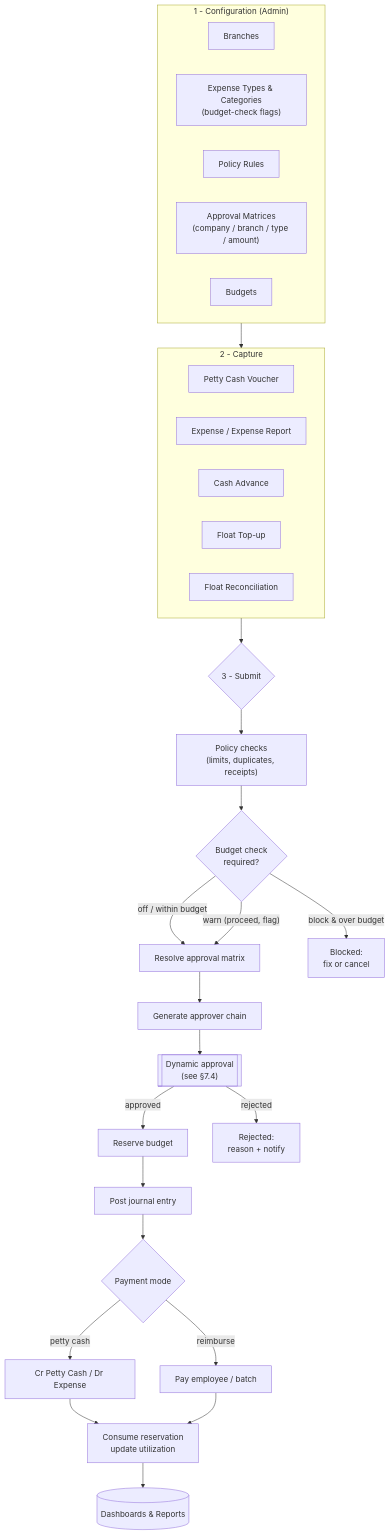
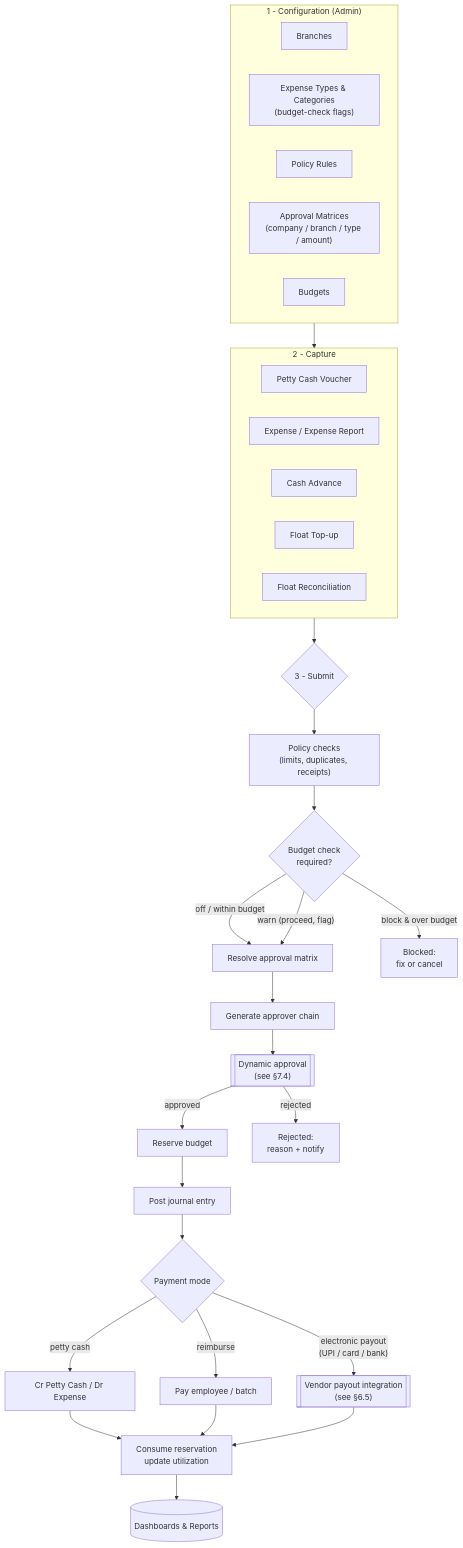
One commit to arunideen/small_payment_management changed the first of 6 diagrams in odoo19-petty-cash-expense-solution-report.md. Above: the diagram before and after it, drawn with Mermaid. The commit also changed other lines of this file and 1 other file, not shown here.

First line of the commit message:
Remove commercial/pricing content; add vendor payout design to solution report

````diff
--- a/odoo19-petty-cash-expense-solution-report.md
+++ b/odoo19-petty-cash-expense-solution-report.md
@@ -126,37 +128,39 @@
 ```mermaid
 flowchart TD
     subgraph CFG["1 - Configuration (Admin)"]
         A1["Branches"]
         A2["Expense Types & Categories<br/>(budget-check flags)"]
         A3["Policy Rules"]
         A4["Approval Matrices<br/>(company / branch / type / amount)"]
         A5["Budgets"]
     end
 
     subgraph CAP["2 - Capture"]
         B1["Petty Cash Voucher"]
         B2["Expense / Expense Report"]
         B3["Cash Advance"]
         B4["Float Top-up"]
         B5["Float Reconciliation"]
     end
 
     CFG --> CAP
     CAP --> C{"3 - Submit"}
     C --> D["Policy checks<br/>(limits, duplicates, receipts)"]
     D --> E{"Budget check<br/>required?"}
     E -- "off / within budget" --> F["Resolve approval matrix"]
     E -- "warn (proceed, flag)" --> F
     E -- "block & over budget" --> X1["Blocked:<br/>fix or cancel"]
     F --> G["Generate approver chain"]
     G --> H[["Dynamic approval<br/>(see §7.4)"]]
     H -- approved --> I["Reserve budget"]
     I --> J["Post journal entry"]
     J --> K{"Payment mode"}
     K -- "petty cash" --> K1["Cr Petty Cash / Dr Expense"]
     K -- "reimburse" --> K2["Pay employee / batch"]
+    K -- "electronic payout<br/>(UPI / card / bank)" --> K3[["Vendor payout integration<br/>(see §6.5)"]]
     K1 --> L["Consume reservation<br/>update utilization"]
     K2 --> L
+    K3 --> L
     H -- rejected --> X2["Rejected:<br/>reason + notify"]
     L --> M[("Dashboards & Reports")]
 ```
````
